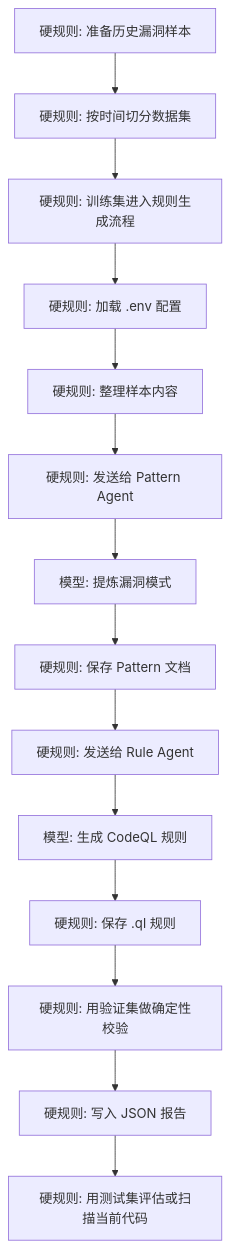
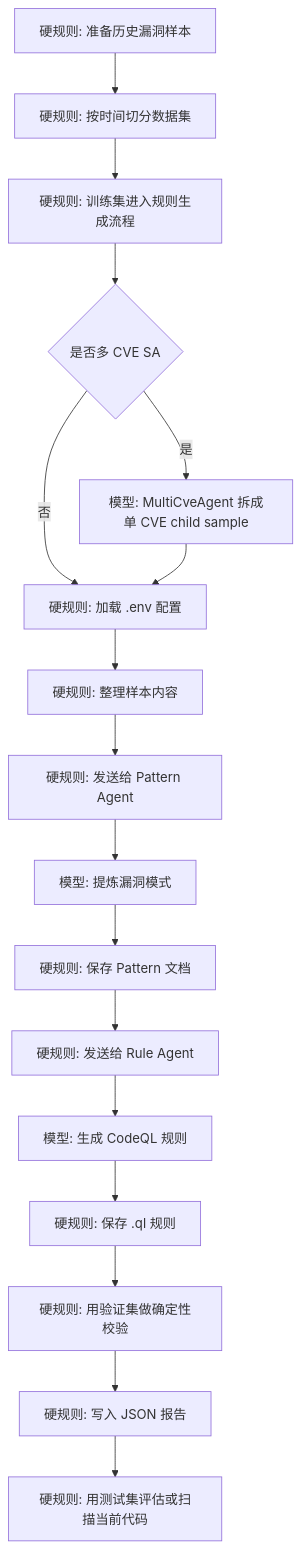
The diagram in README.zh-CN.md (wwwc0m/temporary-freevrg), drawn with Mermaid before and after one commit. The commit also changed other lines of this file and 7 other files, not shown here.

Commit message:
Add multi-CVE sample splitting agent

````diff
--- a/README.zh-CN.md
+++ b/README.zh-CN.md
@@ -23,16 +24,19 @@
 ```mermaid
 flowchart TD
     A[硬规则: 准备历史漏洞样本] --> B[硬规则: 按时间切分数据集]
     B --> C[硬规则: 训练集进入规则生成流程]
-    C --> D[硬规则: 加载 .env 配置]
+    C --> C1{是否多 CVE SA}
+    C1 -->|是| C2[模型: MultiCveAgent 拆成单 CVE child sample]
+    C1 -->|否| D[硬规则: 加载 .env 配置]
+    C2 --> D
     D --> E[硬规则: 整理样本内容]
     E --> F[硬规则: 发送给 Pattern Agent]
     F --> G[模型: 提炼漏洞模式]
     G --> H[硬规则: 保存 Pattern 文档]
     H --> I[硬规则: 发送给 Rule Agent]
     I --> J[模型: 生成 CodeQL 规则]
     J --> K[硬规则: 保存 .ql 规则]
     K --> L[硬规则: 用验证集做确定性校验]
     L --> M[硬规则: 写入 JSON 报告]
     M --> N[硬规则: 用测试集评估或扫描当前代码]
 ```
````
